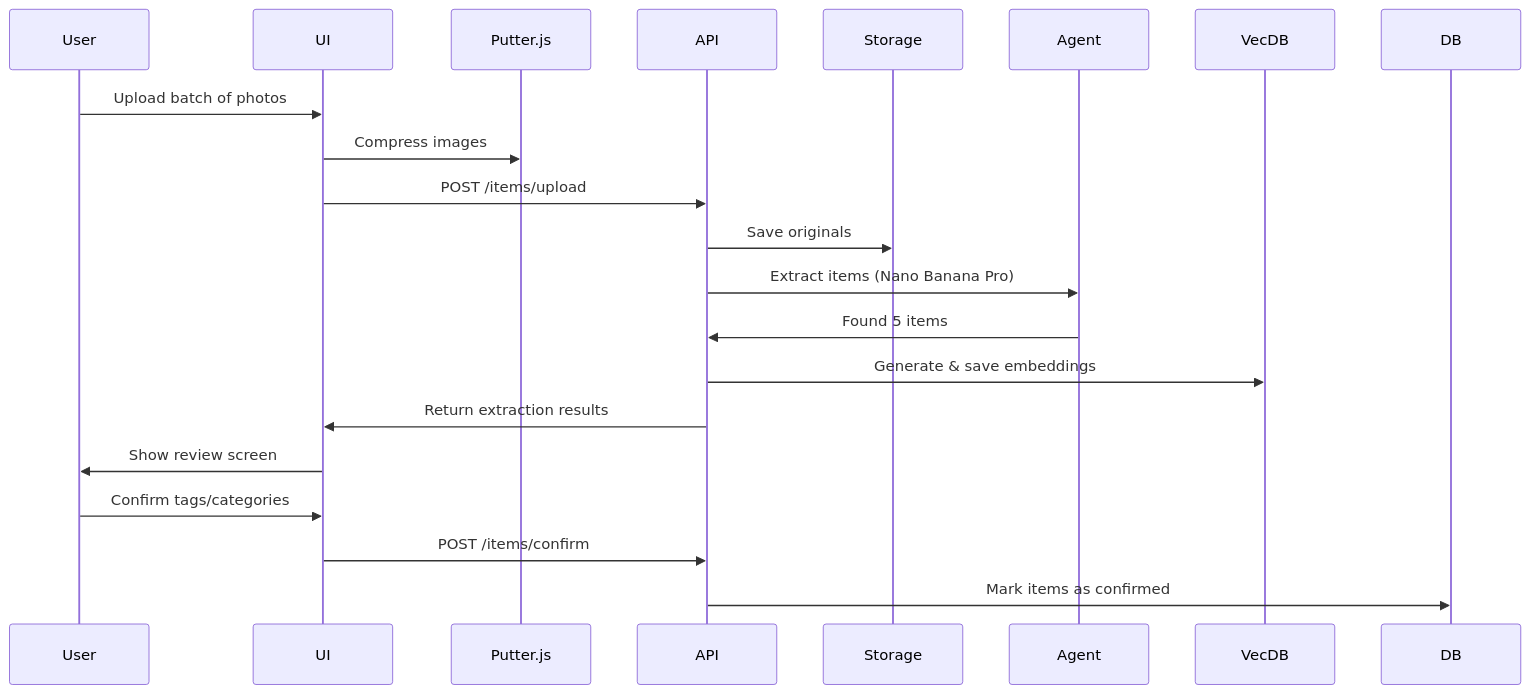
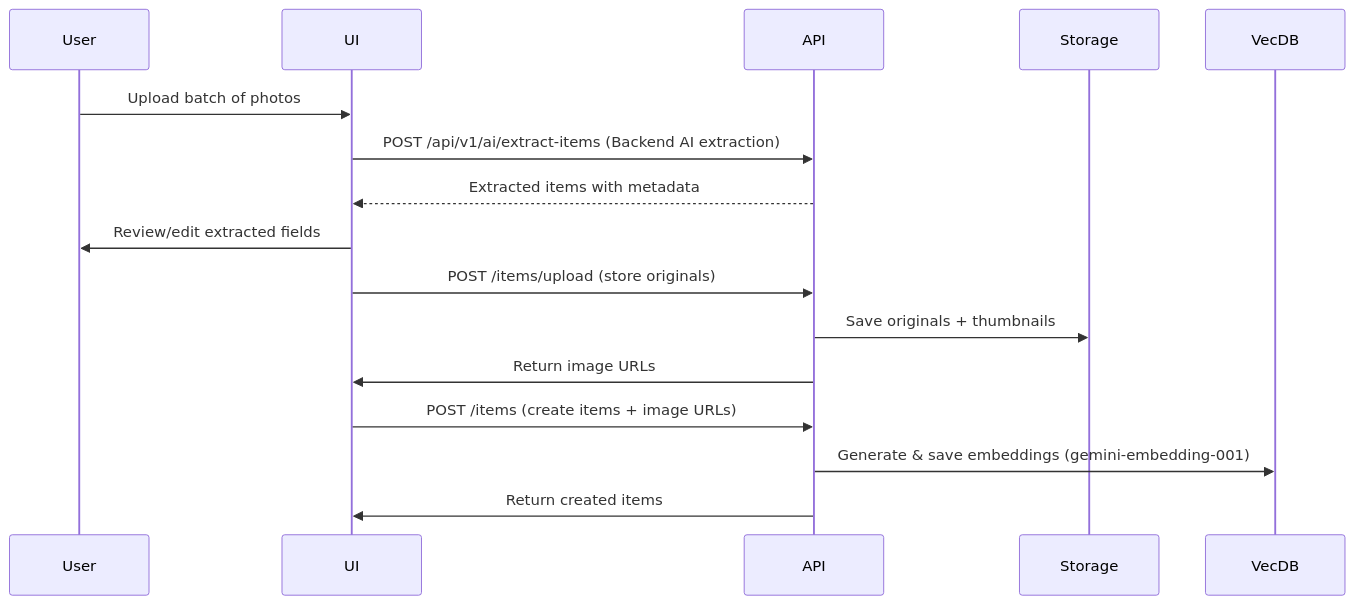
One commit to 360ghar/fitcheck-ai changed the diagram in docs/4-implementation/workflows.md. Above: the diagram before and after it, drawn with Mermaid. The commit also changed other lines of this file and 204 other files, not shown here.

````diff
--- a/docs/4-implementation/workflows.md
+++ b/docs/4-implementation/workflows.md
@@ -9,15 +9,13 @@
  ```mermaid
- sequenceDiagram
-     User->>UI: Upload batch of photos
-     UI->>Putter.js: Compress images
-     UI->>API: POST /items/upload
-     API->>Storage: Save originals
-     API->>Agent: Extract items (Nano Banana Pro)
-     Agent->>API: Found 5 items
-     API->>VecDB: Generate & save embeddings
-     API->>UI: Return extraction results
-     UI->>User: Show review screen
-     User->>UI: Confirm tags/categories
-     UI->>API: POST /items/confirm
-     API->>DB: Mark items as confirmed
- ```
+sequenceDiagram
+    User->>UI: Upload batch of photos
+    UI->>API: POST /api/v1/ai/extract-items (Backend AI extraction)
+    API-->>UI: Extracted items with metadata
+    UI->>User: Review/edit extracted fields
+    UI->>API: POST /items/upload (store originals)
+    API->>Storage: Save originals + thumbnails
+    API->>UI: Return image URLs
+    UI->>API: POST /items (create items + image URLs)
+    API->>VecDB: Generate & save embeddings (gemini-embedding-001)
+    API->>UI: Return created items
+```
````
